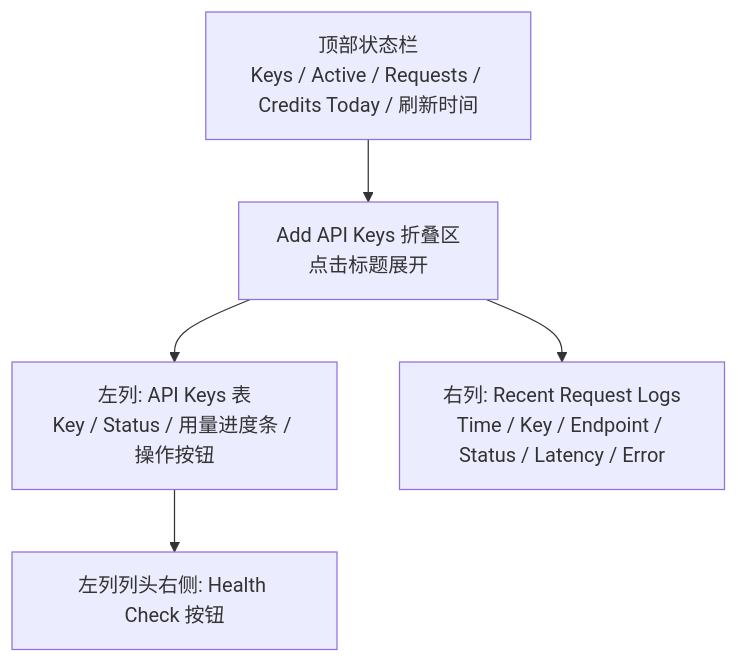
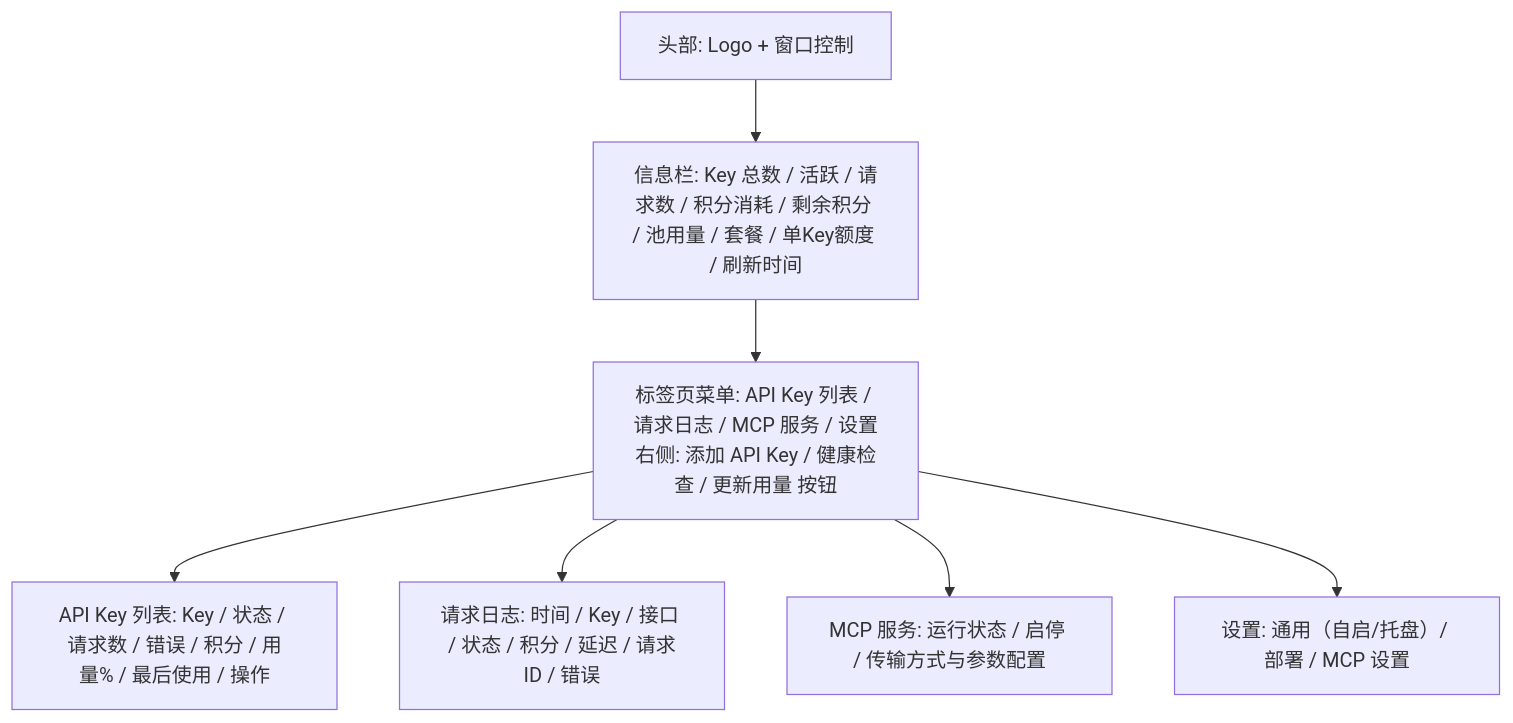
One commit to zylyes/tavily-key changed the first of 2 diagrams in docs/wiki/Web控制台/界面使用.md. Above: the diagram before and after it, drawn with Mermaid. The commit also changed other lines of this file and 16 other files, not shown here.

````diff
--- a/docs/wiki/Web控制台/界面使用.md
+++ b/docs/wiki/Web控制台/界面使用.md
@@ -22,7 +23,9 @@
 ```mermaid
 flowchart TD
-    Header["顶部状态栏<br>Keys / Active / Requests / Credits Today / 刷新时间"] --> AddBar["Add API Keys 折叠区<br>点击标题展开"]
-    AddBar --> ColKeys["左列: API Keys 表<br>Key / Status / 用量进度条 / 操作按钮"]
-    AddBar --> ColLogs["右列: Recent Request Logs<br>Time / Key / Endpoint / Status / Latency / Error"]
-    ColKeys --> HealthBtn["左列列头右侧: Health Check 按钮"]
+    Header["头部: Logo + 窗口控制"] --> InfoBar["信息栏: Key 总数 / 活跃 / 请求数 / 积分消耗 / 剩余积分 / 池用量 / 套餐 / 单Key额度 / 刷新时间"]
+    InfoBar --> Tabs["标签页菜单: API Key 列表 / 请求日志 / MCP 服务 / 设置<br>右侧: 添加 API Key / 健康检查 / 更新用量 按钮"]
+    Tabs --> PanelKeys["API Key 列表: Key / 状态 / 请求数 / 错误 / 积分 / 用量% / 最后使用 / 操作"]
+    Tabs --> PanelLogs["请求日志: 时间 / Key / 接口 / 状态 / 积分 / 延迟 / 请求ID / 错误"]
+    Tabs --> PanelMcp["MCP 服务: 运行状态 / 启停 / 传输方式与参数配置"]
+    Tabs --> PanelSettings["设置: 通用（自启/托盘）/ 部署 / MCP 设置"]
 ```
````
